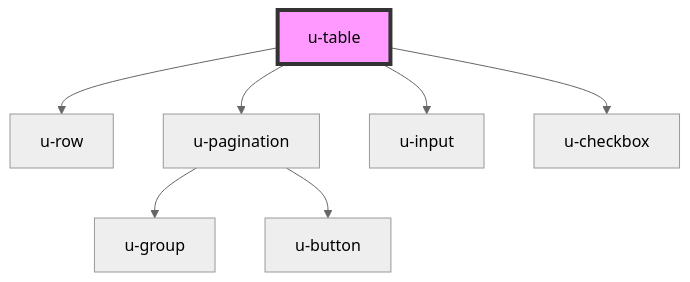
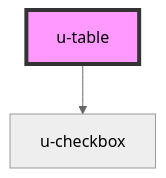
Before and after one commit to theUrbans/uniform: the diagram in src/components/u-table/readme.md, drawn with Mermaid (neutral theme). The commit also changed other lines of this file and 21 other files, not shown here.

````diff
--- a/src/components/u-table/readme.md
+++ b/src/components/u-table/readme.md
@@ -62,10 +61,5 @@
 ```mermaid
 graph TD;
-  u-table --> u-row
-  u-table --> u-pagination
-  u-table --> u-input
   u-table --> u-checkbox
-  u-pagination --> u-group
-  u-pagination --> u-button
   style u-table fill:#f9f,stroke:#333,stroke-width:4px
 ```
````
